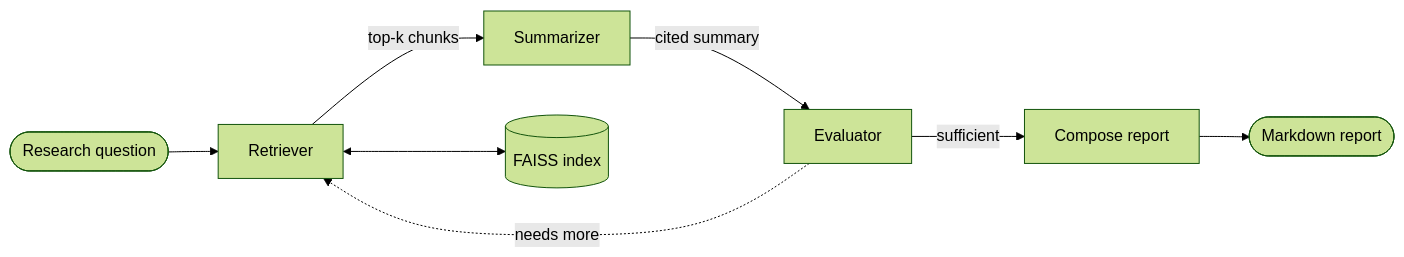
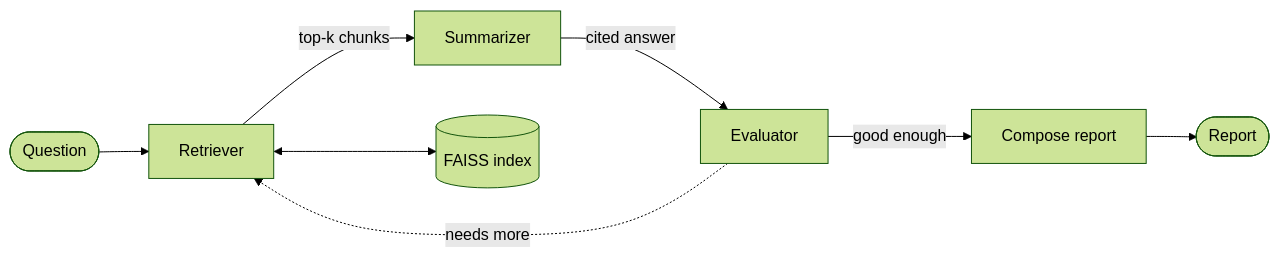
One commit to bharathkumardev1/Agentic-Research-Assistant changed the diagram in README.md. Above: the diagram before and after it, drawn with Mermaid (forest theme). The commit also changed other lines of this file, not shown here.

````diff
--- a/README.md
+++ b/README.md
@@ -37,10 +29,10 @@
 ```mermaid
 flowchart LR
-    Q([Research question]) --> R[Retriever]
+    Q([Question]) --> R[Retriever]
     R -->|top-k chunks| S[Summarizer]
-    S -->|cited summary| E[Evaluator]
-    E -->|sufficient| C[Compose report]
+    S -->|cited answer| E[Evaluator]
+    E -->|good enough| C[Compose report]
     E -.->|needs more| R
-    C --> OUT([Markdown report])
+    C --> OUT([Report])
     R <--> VS[(FAISS index)]
 ```
````
